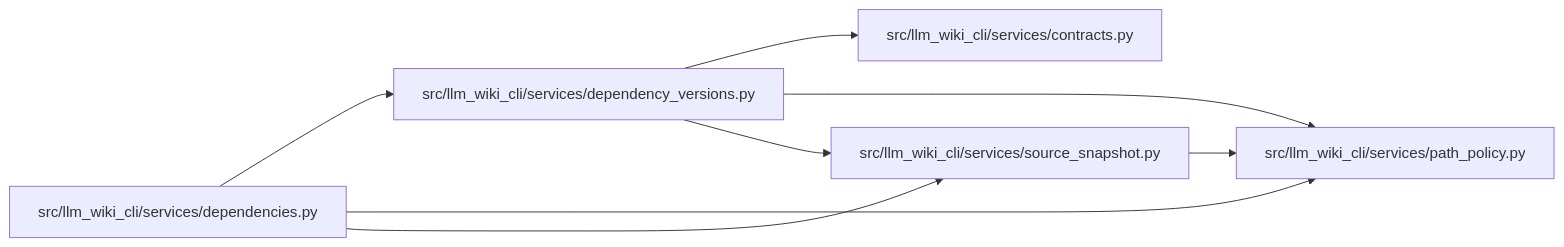
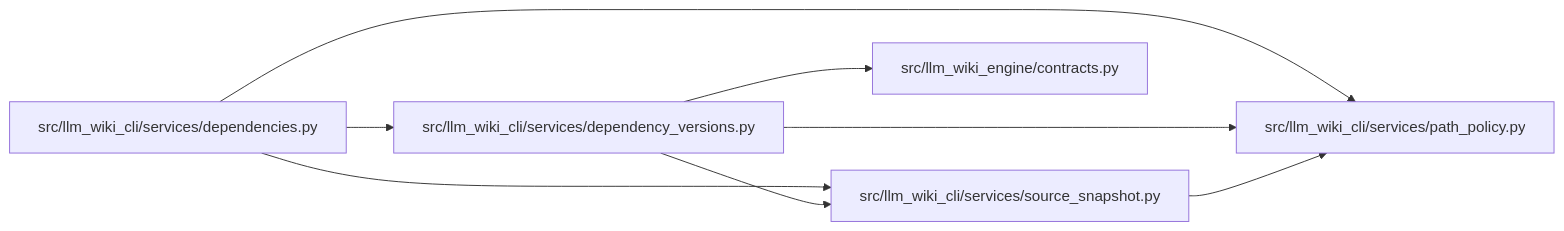
The diagram in docs/llm_wiki/modules/dependency_versions.md (Denissvgn/python-wiki-llm), drawn with Mermaid before and after one commit. The commit also changed other lines of this file and 1103 other files, not shown here.

First line of the commit message:
docs: refresh the wiki for the llm-wiki-engine distribution

````diff
--- a/docs/llm_wiki/modules/dependency_versions.md
+++ b/docs/llm_wiki/modules/dependency_versions.md
@@ -33,20 +33,20 @@
 ```mermaid
 flowchart LR
-    n0["src/llm_wiki_cli/services/contracts.py"]
-    n1["src/llm_wiki_cli/services/dependencies.py"]
-    n2["src/llm_wiki_cli/services/dependency_versions.py"]
-    n3["src/llm_wiki_cli/services/path_policy.py"]
-    n4["src/llm_wiki_cli/services/source_snapshot.py"]
+    n0["src/llm_wiki_cli/services/dependencies.py"]
+    n1["src/llm_wiki_cli/services/dependency_versions.py"]
+    n2["src/llm_wiki_cli/services/path_policy.py"]
+    n3["src/llm_wiki_cli/services/source_snapshot.py"]
+    n4["src/llm_wiki_engine/contracts.py"]
+    n0 --> n1
+    n0 --> n2
+    n0 --> n3
     n1 --> n2
     n1 --> n3
     n1 --> n4
-    n2 --> n0
-    n2 --> n3
-    n2 --> n4
-    n4 --> n3
-    click n0 "../modules/services_contracts.md"
-    click n1 "../modules/services_dependencies.md"
-    click n2 "../modules/dependency_versions.md"
-    click n3 "../modules/path_policy.md"
-    click n4 "../modules/source_snapshot.md"
+    n3 --> n2
+    click n0 "../modules/services_dependencies.md"
+    click n1 "../modules/dependency_versions.md"
+    click n2 "../modules/path_policy.md"
+    click n3 "../modules/source_snapshot.md"
+    click n4 "../modules/llm_wiki_engine_contracts.md"
 ```
````
